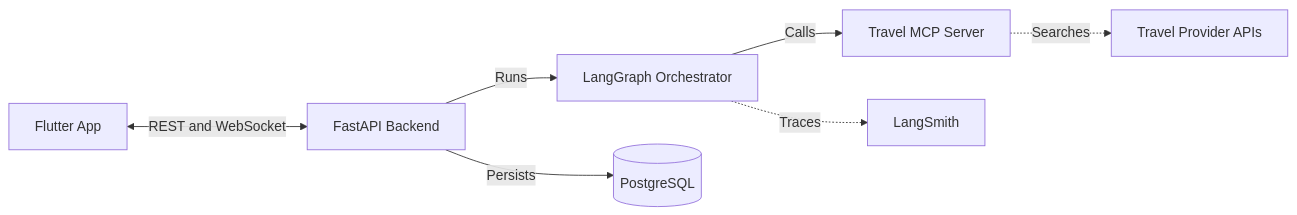
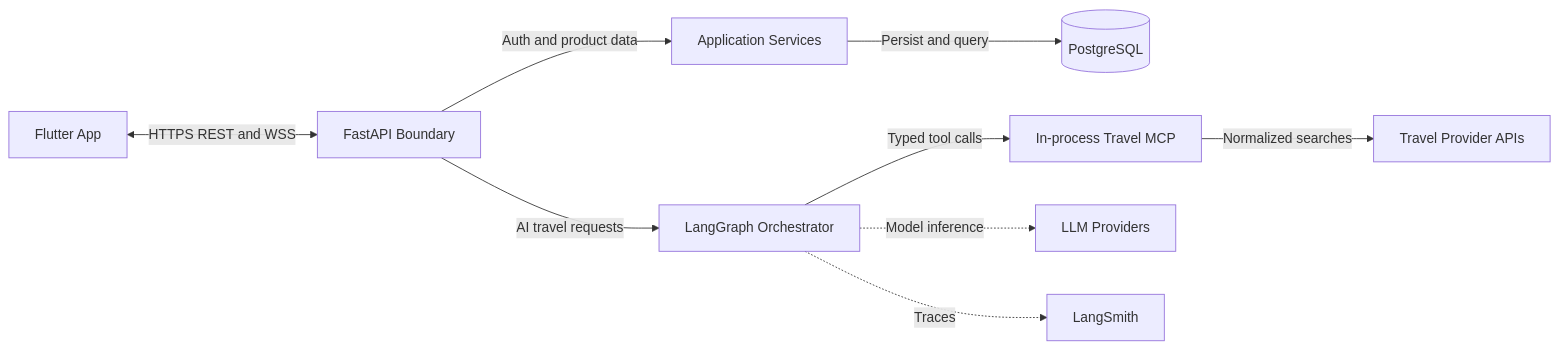
One commit to manipoint/map-server changed the diagram in README.md. Above: the diagram before and after it, drawn with Mermaid. The commit also changed other lines of this file and 86 other files, not shown here.

````diff
--- a/README.md
+++ b/README.md
@@ -24,9 +24,11 @@
 ```mermaid
 flowchart LR
-    flutter["Flutter App"] <-->|"REST and WebSocket"| fastapi["FastAPI Backend"]
-    fastapi -->|"Runs"| orchestrator["LangGraph Orchestrator"]
-    orchestrator -->|"Calls"| mcp["Travel MCP Server"]
-    fastapi -->|"Persists"| postgres[("PostgreSQL")]
+    flutter["Flutter App"] <-->|"HTTPS REST and WSS"| fastapi["FastAPI Boundary"]
+    fastapi -->|"Auth and product data"| services["Application Services"]
+    services -->|"Persist and query"| postgres[("PostgreSQL")]
+    fastapi -->|"AI travel requests"| orchestrator["LangGraph Orchestrator"]
+    orchestrator -->|"Typed tool calls"| mcp["In-process Travel MCP"]
+    orchestrator -.->|"Model inference"| llms["LLM Providers"]
     orchestrator -.->|"Traces"| langsmith["LangSmith"]
-    mcp -.->|"Searches"| providers["Travel Provider APIs"]
+    mcp -->|"Normalized searches"| providers["Travel Provider APIs"]
 ```
````
